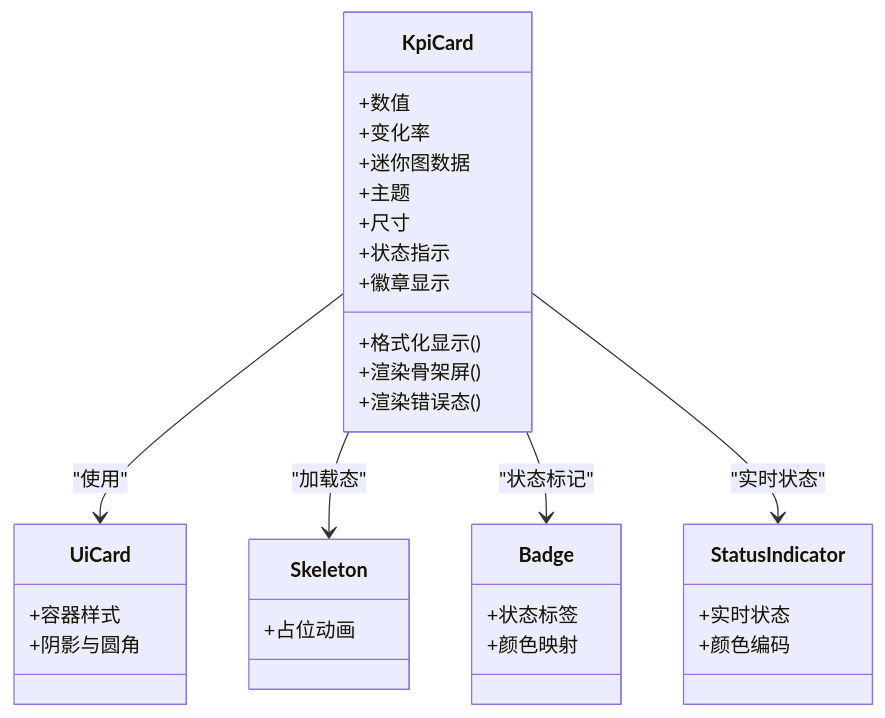
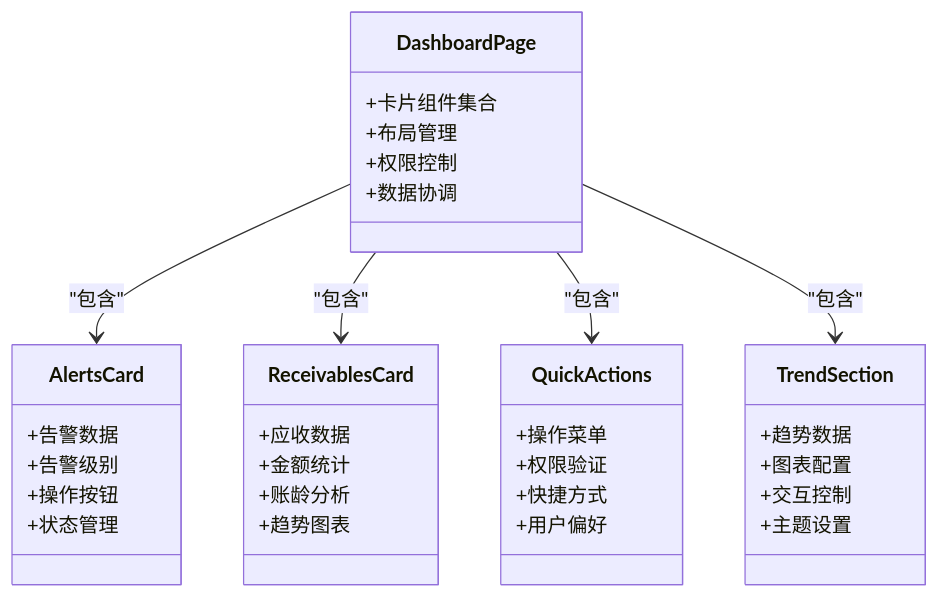
One commit to Damao997/newproject changed the third of 4 diagrams in .qoder/repowiki/zh/content/页面组件/仪表板页面.md. Above: the diagram before and after it, drawn with Mermaid. The commit also changed other lines of this file and 55 other files, not shown here.

````diff
--- a/.qoder/repowiki/zh/content/页面组件/仪表板页面.md
+++ b/.qoder/repowiki/zh/content/页面组件/仪表板页面.md
@@ -209,34 +227,37 @@
 ```mermaid
 classDiagram
-class KpiCard {
-+数值
-+变化率
-+迷你图数据
-+主题
-+尺寸
-+状态指示
-+徽章显示
-+格式化显示()
-+渲染骨架屏()
-+渲染错误态()
+class DashboardPage {
++卡片组件集合
++布局管理
++权限控制
++数据协调
 }
-class UiCard {
-+容器样式
-+阴影与圆角
+class AlertsCard {
++告警数据
++告警级别
++操作按钮
++状态管理
 }
-class Skeleton {
-+占位动画
+class ReceivablesCard {
++应收数据
++金额统计
++账龄分析
++趋势图表
 }
-class Badge {
-+状态标签
-+颜色映射
+class QuickActions {
++操作菜单
++权限验证
++快捷方式
++用户偏好
 }
-class StatusIndicator {
-+实时状态
-+颜色编码
+class TrendSection {
++趋势数据
++图表配置
++交互控制
++主题设置
 }
-KpiCard --> UiCard : "使用"
-KpiCard --> Skeleton : "加载态"
-KpiCard --> Badge : "状态标记"
-KpiCard --> StatusIndicator : "实时状态"
+DashboardPage --> AlertsCard : "包含"
+DashboardPage --> ReceivablesCard : "包含"
+DashboardPage --> QuickActions : "包含"
+DashboardPage --> TrendSection : "包含"
 ```
````
